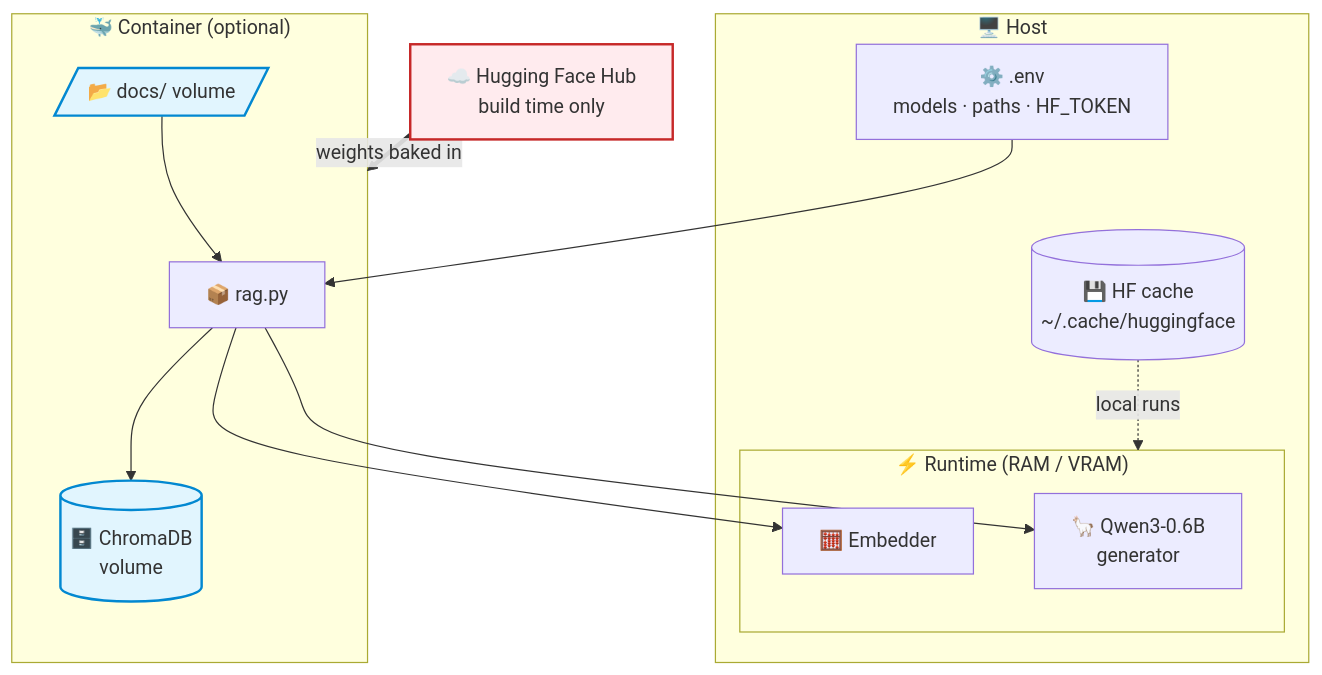
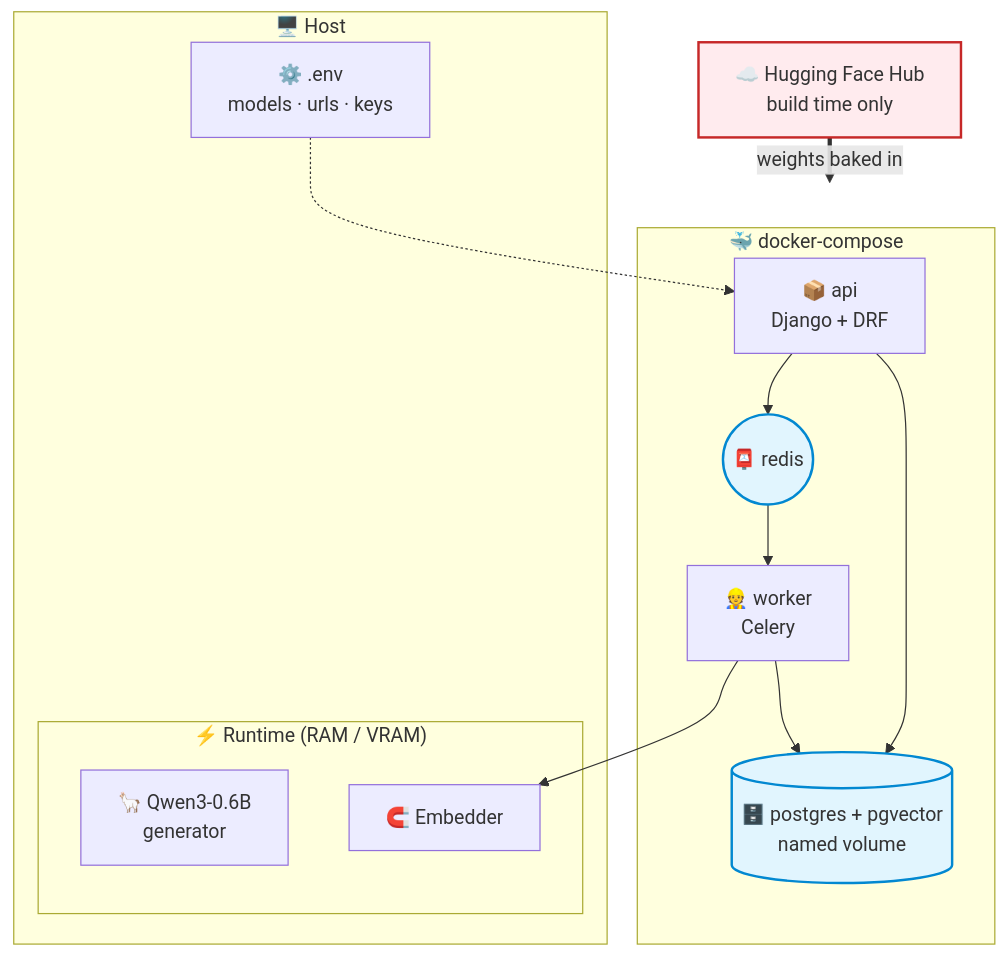
The second of 3 diagrams in README.md (farinaleo/simple-local-rag), drawn with Mermaid before and after one commit. The commit also changed other lines of this file and 21 other files, not shown here.

First line of the commit message:
🧹(backend) migrate rag core to rag_api and remove rag-management (#30)

````diff
--- a/README.md
+++ b/README.md
@@ -87,30 +90,30 @@
 ```mermaid
 flowchart TB
     subgraph HOST["🖥️ Host"]
-        CACHE[("💾 HF cache<br/>~/.cache/huggingface")]
-        ENV["⚙️ .env<br/>models · paths · HF_TOKEN"]
+        ENV["⚙️ .env<br/>models · urls · keys"]
         subgraph RUNTIME["⚡ Runtime (RAM / VRAM)"]
             LLM["🦙 Qwen3-0.6B<br/>generator"]
-            EMB["🧮 Embedder"]
+            EMB["🧲 Embedder"]
         end
     end
 
-    subgraph CONTAINER["🐳 Container (optional)"]
-        APP["📦 rag.py"]
-        VDB[("🗄️ ChromaDB<br/>volume")]
-        DOCS[/"📂 docs/ volume"/]
+    subgraph COMPOSE["🐳 docker-compose"]
+        API["📦 api<br/>Django + DRF"]
+        WORKER["👷 worker<br/>Celery"]
+        PG[("🗄️ postgres + pgvector<br/>named volume")]
+        REDIS(("📮 redis"))
     end
 
-    HF["☁️ Hugging Face Hub<br/>build time only"] ==>|"weights baked in"| CONTAINER
-    CACHE -.->|"local runs"| RUNTIME
-    ENV --> APP
-    DOCS --> APP
-    APP --> LLM
-    APP --> EMB
-    APP --> VDB
+    HF["☁️ Hugging Face Hub<br/>build time only"] ==>|"weights baked in"| COMPOSE
+    ENV -.-> API
+    API --> PG
+    API --> REDIS
+    REDIS --> WORKER
+    WORKER --> PG
+    WORKER --> EMB
 
     classDef cloud fill:#ffebee,stroke:#c62828,stroke-width:2px
     classDef vol fill:#e1f5fe,stroke:#0288d1,stroke-width:2px
     class HF cloud
-    class VDB,DOCS vol
+    class PG,REDIS vol
 ```
````
